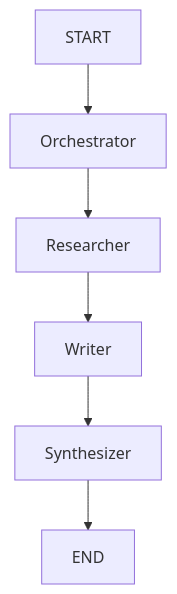
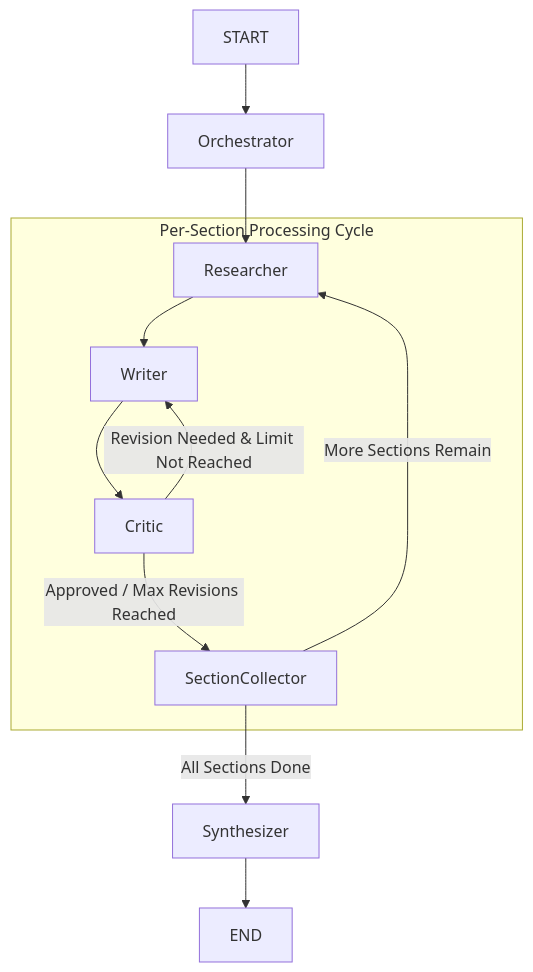
Before and after one commit to berkyalkn/langgraph-report-generator: the diagram in README.md, drawn with Mermaid. The commit also changed other lines of this file, not shown here.

Commit message:
Update README to reflect the new critique cycle architecture and diagram

````diff
--- a/README.md
+++ b/README.md
@@ -66,8 +81,16 @@
 ```mermaid
 graph TD
     START --> Orchestrator
     Orchestrator --> Researcher
-    Researcher --> Writer
-    Writer --> Synthesizer
+
+    subgraph "Per-Section Processing Cycle"
+        Researcher --> Writer
+        Writer --> Critic
+        Critic -- "Revision Needed & Limit Not Reached" --> Writer
+        Critic -- "Approved / Max Revisions Reached" --> SectionCollector
+    end
+
+    SectionCollector -- "More Sections Remain" --> Researcher
+    SectionCollector -- "All Sections Done" --> Synthesizer
     Synthesizer --> END
 ```
````
